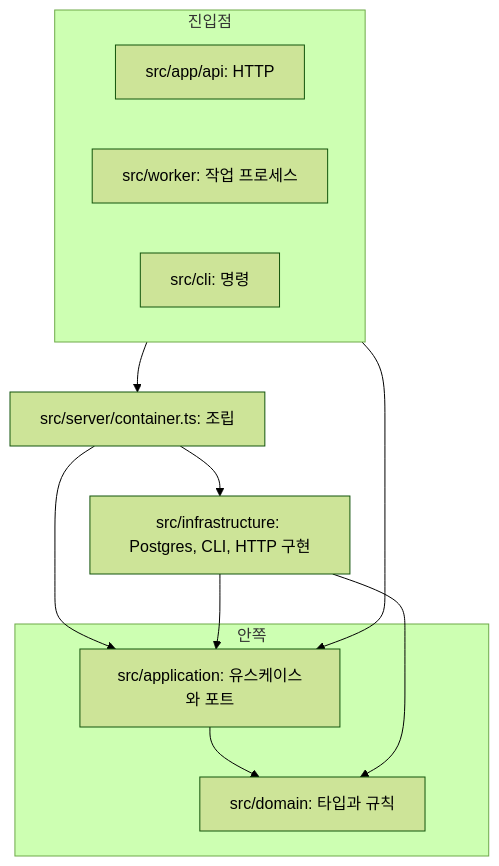
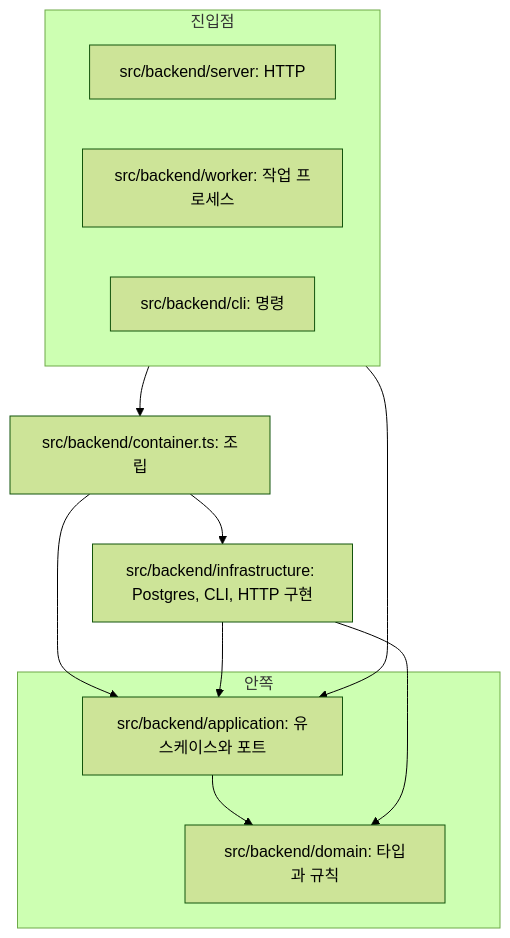
One commit to Changsik00/inkle changed the diagram in docs/decisions/ADR-006-server-structure.md. Above: the diagram before and after it, drawn with Mermaid (forest theme). The commit also changed other lines of this file and 149 other files, not shown here.

First line of the commit message:
feat(spec-01-04): 프론트 구조, src 배치, 별도 API 서버와 책 등록 (#4)

````diff
--- a/docs/decisions/ADR-006-server-structure.md
+++ b/docs/decisions/ADR-006-server-structure.md
@@ -22,22 +22,22 @@
 ```mermaid
 flowchart TB
     subgraph entry[진입점]
-        A[src/app/api: HTTP]
-        W[src/worker: 작업 프로세스]
-        C[src/cli: 명령]
+        A[src/backend/server: HTTP]
+        W[src/backend/worker: 작업 프로세스]
+        C[src/backend/cli: 명령]
     end
-    S[src/server/container.ts: 조립]
+    S[src/backend/container.ts: 조립]
     subgraph core[안쪽]
-        AP[src/application: 유스케이스와 포트]
-        D[src/domain: 타입과 규칙]
+        AP[src/backend/application: 유스케이스와 포트]
+        D[src/backend/domain: 타입과 규칙]
     end
-    I[src/infrastructure: Postgres, CLI, HTTP 구현]
+    I[src/backend/infrastructure: Postgres, CLI, HTTP 구현]
 
     entry --> S
     entry --> AP
     S --> I
     S --> AP
     I --> AP
     AP --> D
     I --> D
 ```
````
